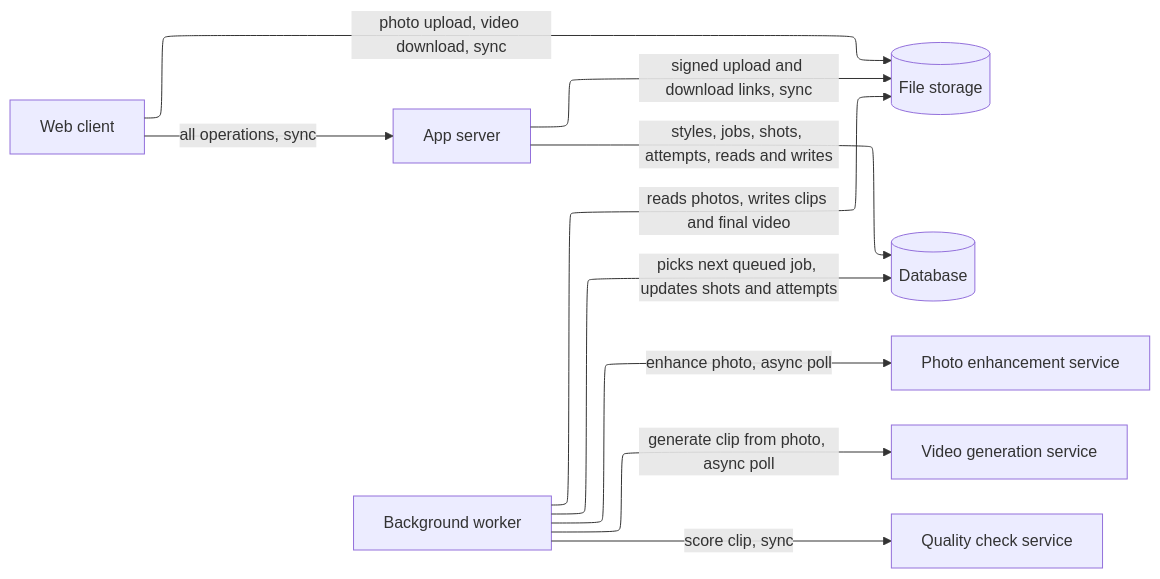
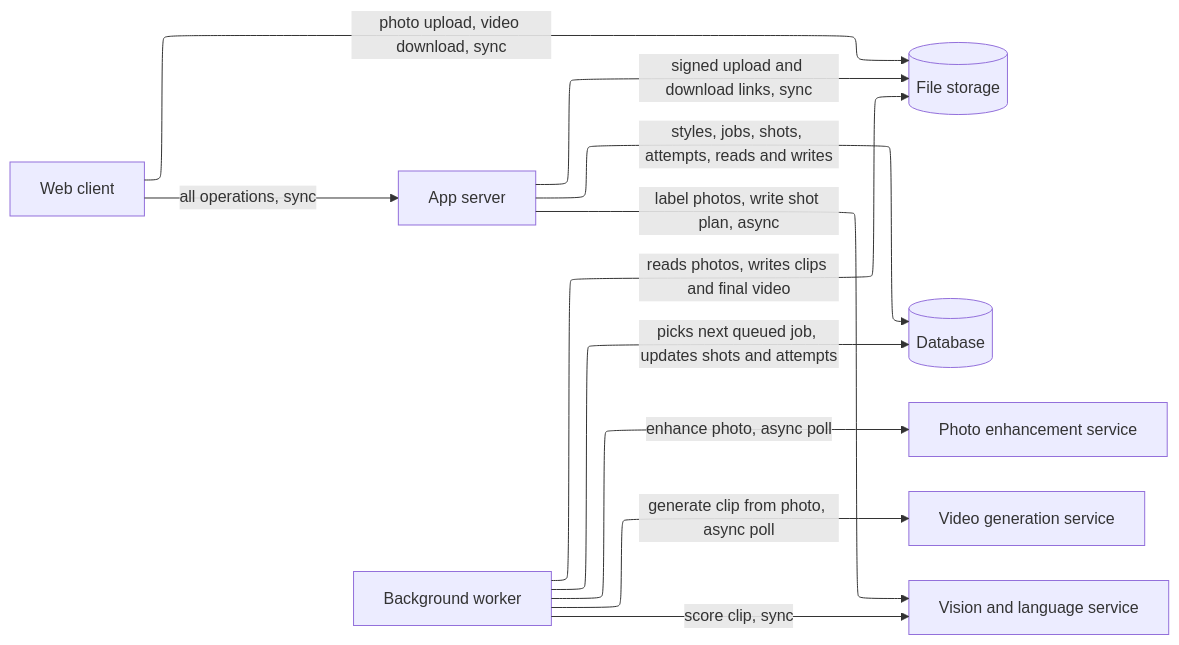
One commit to ThinkBuildMake/autohdr-photo-to-video changed the first of 3 diagrams in docs/HIGH_LEVEL_DESIGN.md. Above: the diagram before and after it, drawn with Mermaid. The commit also changed other lines of this file and 5 other files, not shown here.

````diff
--- a/docs/HIGH_LEVEL_DESIGN.md
+++ b/docs/HIGH_LEVEL_DESIGN.md
@@ -13,16 +13,17 @@
 ```mermaid
 ---
 config:
   layout: elk
 ---
 flowchart LR
   client[Web client] -->|all operations, sync| app[App server]
   client -->|photo upload, video download, sync| files[(File storage)]
   app -->|styles, jobs, shots, attempts, reads and writes| db[(Database)]
   app -->|signed upload and download links, sync| files
   worker[Background worker] -->|picks next queued job, updates shots and attempts| db
   worker -->|reads photos, writes clips and final video| files
   worker -->|enhance photo, async poll| img[Photo enhancement service]
   worker -->|generate clip from photo, async poll| vid[Video generation service]
-  worker -->|score clip, sync| qc[Quality check service]
+  worker -->|score clip, sync| qc[Vision and language service]
+  app -->|label photos, write shot plan, async| qc
 ```
````
